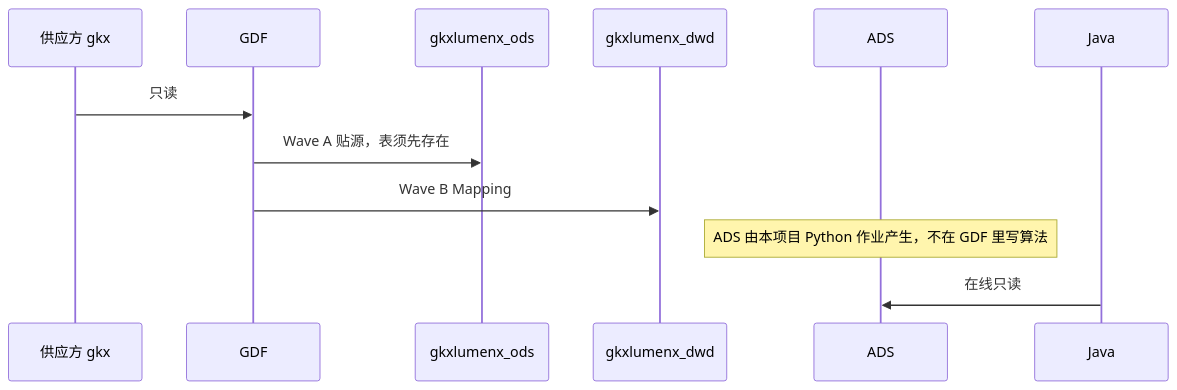
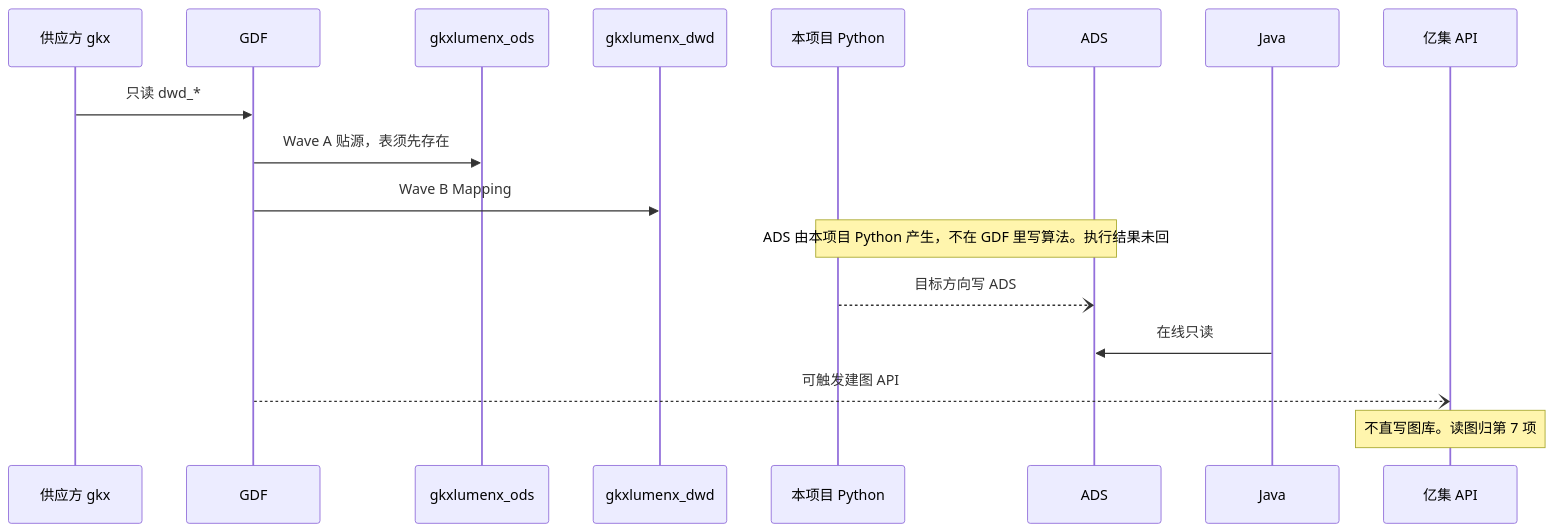
The first of 2 diagrams in agent-delivery/工程过程/04-系统集成/06-GDF数据治理集成/技术方案.md (Marisolebxf/-), drawn with Mermaid before and after one commit. The commit also changed other lines of this file and 15 other files, not shown here.

````diff
--- a/agent-delivery/工程过程/04-系统集成/06-GDF数据治理集成/技术方案.md
+++ b/agent-delivery/工程过程/04-系统集成/06-GDF数据治理集成/技术方案.md
@@ -20,14 +81,19 @@
 ```mermaid
 sequenceDiagram
   participant SRC as 供应方 gkx
   participant GDF as GDF
   participant ODS as gkxlumenx_ods
   participant DWD as gkxlumenx_dwd
+  participant PY as 本项目 Python
   participant ADS as ADS
   participant J as Java
-  SRC->>GDF: 只读
+  participant YJ as 亿集 API
+  SRC->>GDF: 只读 dwd_*
   GDF->>ODS: Wave A 贴源，表须先存在
   GDF->>DWD: Wave B Mapping
-  Note over ADS: ADS 由本项目 Python 作业产生，不在 GDF 里写算法
+  Note over PY,ADS: ADS 由本项目 Python 产生，不在 GDF 里写算法。执行结果未回
+  PY--)ADS: 目标方向写 ADS
   J->>ADS: 在线只读
+  GDF--)YJ: 可触发建图 API
+  Note over YJ: 不直写图库。读图归第 7 项
 ```
````
